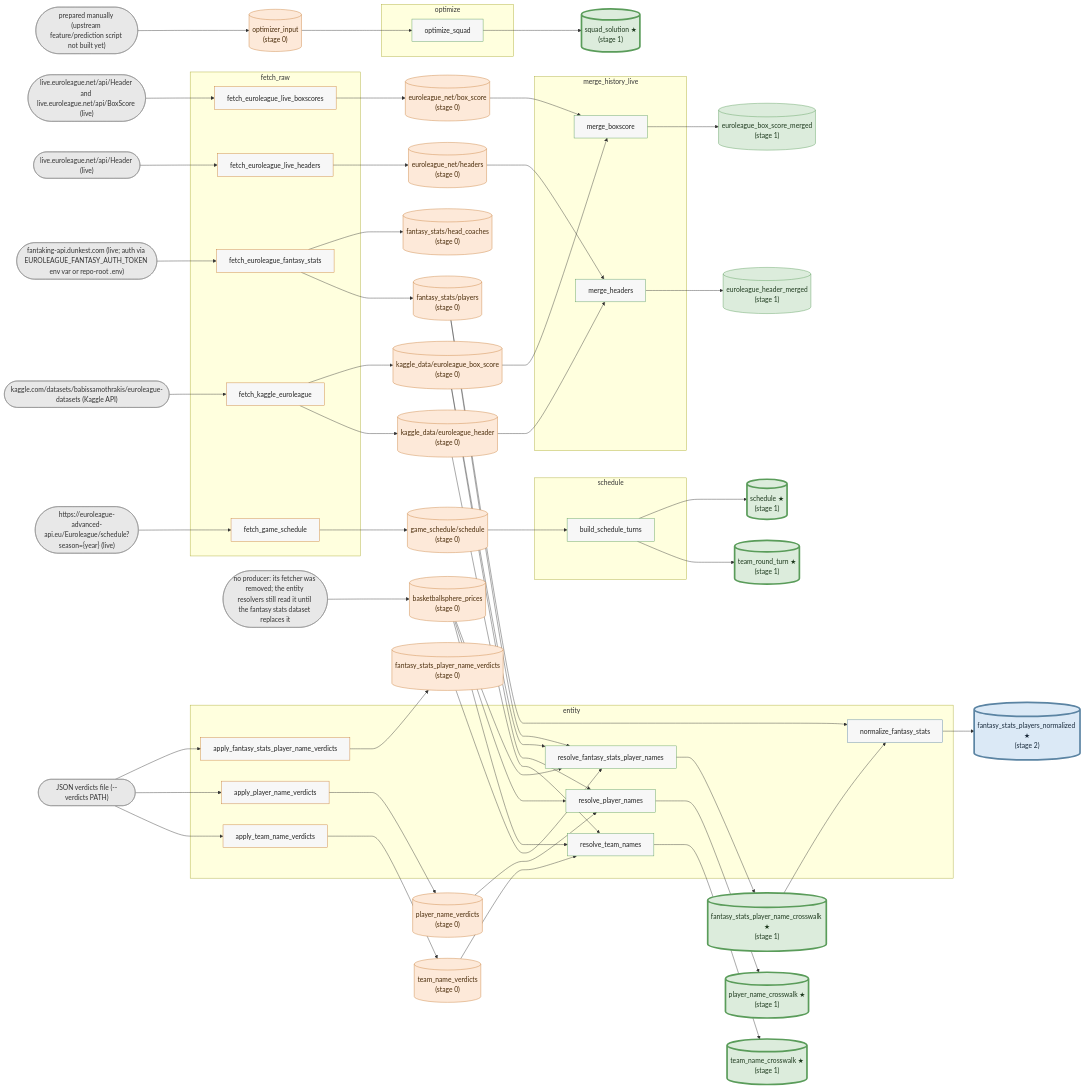
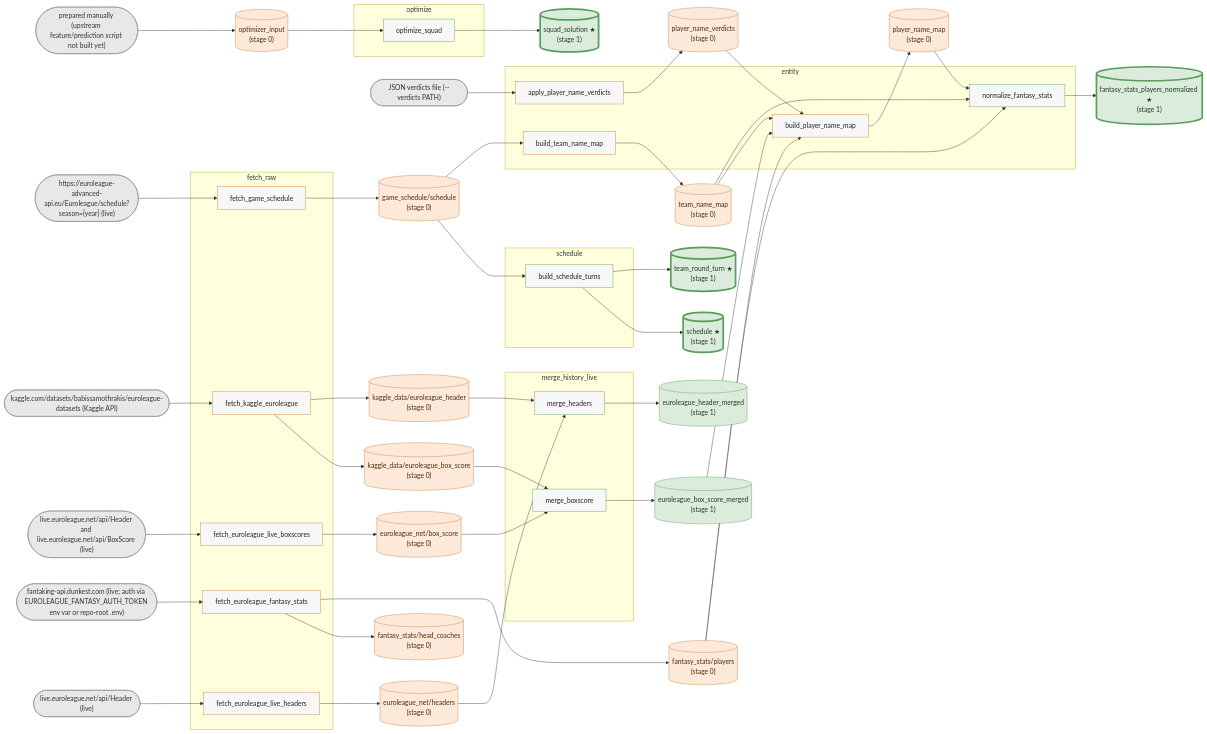
The diagram in docs/data-graph.md (Takfes/indie-euroleague), drawn with Mermaid before and after one commit. The commit also changed 18 other files, not shown here.

First line of the commit message:
refactor(entity): drop the crosswalk leftovers and fold lookup.py into matching.py

````diff
--- a/docs/data-graph.md
+++ b/docs/data-graph.md
@@ -14,17 +14,13 @@
     x_live_euroleague_net_api_Header__live_(["live.euroleague.net/api/Header (live)"])
     x_live_euroleague_net_api_Header_and_live_euroleague_net_api_BoxScore__live_(["live.euroleague.net/api/Header and live.euroleague.net/api/BoxScore (live)"])
     x_prepared_manually__upstream_feature_prediction_script_not_built_yet_(["prepared manually (upstream feature/prediction script not built yet)"])
-    x_no_producer__its_fetcher_was_removed__the_entity_resolvers_still_read_it_until_the_fantasy_stats_dataset_replaces_it(["no producer: its fetcher was removed; the entity resolvers still read it until the fantasy stats dataset replaces it"])
 
     %% scripts
     subgraph p_entity["entity"]
-        s_apply_fantasy_stats_player_name_verdicts["apply_fantasy_stats_player_name_verdicts"]
         s_apply_player_name_verdicts["apply_player_name_verdicts"]
-        s_apply_team_name_verdicts["apply_team_name_verdicts"]
+        s_build_player_name_map["build_player_name_map"]
+        s_build_team_name_map["build_team_name_map"]
         s_normalize_fantasy_stats["normalize_fantasy_stats"]
-        s_resolve_fantasy_stats_player_names["resolve_fantasy_stats_player_names"]
-        s_resolve_player_names["resolve_player_names"]
-        s_resolve_team_names["resolve_team_names"]
     end
     subgraph p_fetch_raw["fetch_raw"]
         s_fetch_euroleague_fantasy_stats["fetch_euroleague_fantasy_stats"]
@@ -45,52 +41,44 @@
     end
 
     %% datasets
-    d_basketballsphere_prices[("basketballsphere_prices<br/>(stage 0)")]
     d_euroleague_net_box_score[("euroleague_net/box_score<br/>(stage 0)")]
     d_euroleague_net_headers[("euroleague_net/headers<br/>(stage 0)")]
     d_fantasy_stats_head_coaches[("fantasy_stats/head_coaches<br/>(stage 0)")]
     d_fantasy_stats_players[("fantasy_stats/players<br/>(stage 0)")]
-    d_fantasy_stats_player_name_verdicts[("fantasy_stats_player_name_verdicts<br/>(stage 0)")]
     d_game_schedule_schedule[("game_schedule/schedule<br/>(stage 0)")]
     d_kaggle_data_euroleague_box_score[("kaggle_data/euroleague_box_score<br/>(stage 0)")]
     d_kaggle_data_euroleague_header[("kaggle_data/euroleague_header<br/>(stage 0)")]
     d_optimizer_input[("optimizer_input<br/>(stage 0)")]
+    d_player_name_map[("player_name_map<br/>(stage 0)")]
     d_player_name_verdicts[("player_name_verdicts<br/>(stage 0)")]
-    d_team_name_verdicts[("team_name_verdicts<br/>(stage 0)")]
+    d_team_name_map[("team_name_map<br/>(stage 0)")]
     d_euroleague_box_score_merged[("euroleague_box_score_merged<br/>(stage 1)")]
     d_euroleague_header_merged[("euroleague_header_merged<br/>(stage 1)")]
-    d_fantasy_stats_player_name_crosswalk[("fantasy_stats_player_name_crosswalk ★<br/>(stage 1)")]
-    d_player_name_crosswalk[("player_name_crosswalk ★<br/>(stage 1)")]
+    d_fantasy_stats_players_normalized[("fantasy_stats_players_normalized ★<br/>(stage 1)")]
     d_schedule[("schedule ★<br/>(stage 1)")]
     d_squad_solution[("squad_solution ★<br/>(stage 1)")]
-    d_team_name_crosswalk[("team_name_crosswalk ★<br/>(stage 1)")]
     d_team_round_turn[("team_round_turn ★<br/>(stage 1)")]
-    d_fantasy_stats_players_normalized[("fantasy_stats_players_normalized ★<br/>(stage 2)")]
 
     %% edges
-    d_basketballsphere_prices --> s_resolve_fantasy_stats_player_names
-    d_basketballsphere_prices --> s_resolve_player_names
-    d_basketballsphere_prices --> s_resolve_team_names
+    d_euroleague_box_score_merged --> s_build_player_name_map
     d_euroleague_net_box_score --> s_merge_boxscore
     d_euroleague_net_headers --> s_merge_headers
-    d_fantasy_stats_player_name_crosswalk --> s_normalize_fantasy_stats
-    d_fantasy_stats_player_name_verdicts --> s_resolve_fantasy_stats_player_names
+    d_fantasy_stats_players --> s_build_player_name_map
     d_fantasy_stats_players --> s_normalize_fantasy_stats
-    d_fantasy_stats_players --> s_resolve_fantasy_stats_player_names
     d_game_schedule_schedule --> s_build_schedule_turns
+    d_game_schedule_schedule --> s_build_team_name_map
     d_kaggle_data_euroleague_box_score --> s_merge_boxscore
-    d_kaggle_data_euroleague_box_score --> s_resolve_fantasy_stats_player_names
-    d_kaggle_data_euroleague_box_score --> s_resolve_player_names
     d_kaggle_data_euroleague_header --> s_merge_headers
-    d_kaggle_data_euroleague_header --> s_resolve_team_names
     d_optimizer_input --> s_optimize_squad
-    d_player_name_verdicts --> s_resolve_player_names
-    d_team_name_verdicts --> s_resolve_team_names
-    s_apply_fantasy_stats_player_name_verdicts --> d_fantasy_stats_player_name_verdicts
+    d_player_name_map --> s_normalize_fantasy_stats
+    d_player_name_verdicts --> s_build_player_name_map
+    d_team_name_map --> s_build_player_name_map
+    d_team_name_map --> s_normalize_fantasy_stats
     s_apply_player_name_verdicts --> d_player_name_verdicts
-    s_apply_team_name_verdicts --> d_team_name_verdicts
+    s_build_player_name_map --> d_player_name_map
     s_build_schedule_turns --> d_schedule
     s_build_schedule_turns --> d_team_round_turn
+    s_build_team_name_map --> d_team_name_map
     s_fetch_euroleague_fantasy_stats --> d_fantasy_stats_head_coaches
     s_fetch_euroleague_fantasy_stats --> d_fantasy_stats_players
     s_fetch_euroleague_live_boxscores --> d_euroleague_net_box_score
@@ -102,35 +90,25 @@
     s_merge_headers --> d_euroleague_header_merged
     s_normalize_fantasy_stats --> d_fantasy_stats_players_normalized
     s_optimize_squad --> d_squad_solution
-    s_resolve_fantasy_stats_player_names --> d_fantasy_stats_player_name_crosswalk
-    s_resolve_player_names --> d_player_name_crosswalk
-    s_resolve_team_names --> d_team_name_crosswalk
-    x_JSON_verdicts_file____verdicts_PATH_ --> s_apply_fantasy_stats_player_name_verdicts
     x_JSON_verdicts_file____verdicts_PATH_ --> s_apply_player_name_verdicts
-    x_JSON_verdicts_file____verdicts_PATH_ --> s_apply_team_name_verdicts
     x_fantaking_api_dunkest_com__live__auth_via_EUROLEAGUE_FANTASY_AUTH_TOKEN_env_var_or_repo_root__env_ --> s_fetch_euroleague_fantasy_stats
     x_https___euroleague_advanced_api_eu_Euroleague_schedule_season__year___live_ --> s_fetch_game_schedule
     x_kaggle_com_datasets_babissamothrakis_euroleague_datasets__Kaggle_API_ --> s_fetch_kaggle_euroleague
     x_live_euroleague_net_api_Header__live_ --> s_fetch_euroleague_live_headers
     x_live_euroleague_net_api_Header_and_live_euroleague_net_api_BoxScore__live_ --> s_fetch_euroleague_live_boxscores
     x_prepared_manually__upstream_feature_prediction_script_not_built_yet_ --> d_optimizer_input
-    x_no_producer__its_fetcher_was_removed__the_entity_resolvers_still_read_it_until_the_fantasy_stats_dataset_replaces_it --> d_basketballsphere_prices
 
     %% colors by stage
     classDef script_stage0 fill:#f7f7f7,stroke:#c97f3a,color:#222222
     classDef script_stage1 fill:#f7f7f7,stroke:#5a9c5a,color:#222222
-    classDef script_stage2 fill:#f7f7f7,stroke:#5b84a3,color:#222222
     classDef source fill:#e8e8e8,stroke:#888888,color:#333333
     classDef stage0 fill:#fde9d9,stroke:#c97f3a,color:#4a2c0a
     classDef stage1 fill:#dcecdc,stroke:#5a9c5a,color:#1e3a1e
     classDef stage1_final fill:#dcecdc,stroke:#5a9c5a,color:#1e3a1e,stroke-width:4px
-    classDef stage2_final fill:#dbe9f6,stroke:#5b84a3,color:#1a2b3c,stroke-width:4px
-    class s_apply_fantasy_stats_player_name_verdicts,s_apply_player_name_verdicts,s_apply_team_name_verdicts,s_fetch_euroleague_fantasy_stats,s_fetch_euroleague_live_boxscores,s_fetch_euroleague_live_headers,s_fetch_game_schedule,s_fetch_kaggle_euroleague script_stage0
-    class s_build_schedule_turns,s_merge_boxscore,s_merge_headers,s_optimize_squad,s_resolve_fantasy_stats_player_names,s_resolve_player_names,s_resolve_team_names script_stage1
-    class s_normalize_fantasy_stats script_stage2
-    class x_JSON_verdicts_file____verdicts_PATH_,x_fantaking_api_dunkest_com__live__auth_via_EUROLEAGUE_FANTASY_AUTH_TOKEN_env_var_or_repo_root__env_,x_https___euroleague_advanced_api_eu_Euroleague_schedule_season__year___live_,x_kaggle_com_datasets_babissamothrakis_euroleague_datasets__Kaggle_API_,x_live_euroleague_net_api_Header__live_,x_live_euroleague_net_api_Header_and_live_euroleague_net_api_BoxScore__live_,x_no_producer__its_fetcher_was_removed__the_entity_resolvers_still_read_it_until_the_fantasy_stats_dataset_replaces_it,x_prepared_manually__upstream_feature_prediction_script_not_built_yet_ source
-    class d_basketballsphere_prices,d_euroleague_net_box_score,d_euroleague_net_headers,d_fantasy_stats_head_coaches,d_fantasy_stats_player_name_verdicts,d_fantasy_stats_players,d_game_schedule_schedule,d_kaggle_data_euroleague_box_score,d_kaggle_data_euroleague_header,d_optimizer_input,d_player_name_verdicts,d_team_name_verdicts stage0
+    class s_apply_player_name_verdicts,s_build_player_name_map,s_build_team_name_map,s_fetch_euroleague_fantasy_stats,s_fetch_euroleague_live_boxscores,s_fetch_euroleague_live_headers,s_fetch_game_schedule,s_fetch_kaggle_euroleague script_stage0
+    class s_build_schedule_turns,s_merge_boxscore,s_merge_headers,s_normalize_fantasy_stats,s_optimize_squad script_stage1
+    class x_JSON_verdicts_file____verdicts_PATH_,x_fantaking_api_dunkest_com__live__auth_via_EUROLEAGUE_FANTASY_AUTH_TOKEN_env_var_or_repo_root__env_,x_https___euroleague_advanced_api_eu_Euroleague_schedule_season__year___live_,x_kaggle_com_datasets_babissamothrakis_euroleague_datasets__Kaggle_API_,x_live_euroleague_net_api_Header__live_,x_live_euroleague_net_api_Header_and_live_euroleague_net_api_BoxScore__live_,x_prepared_manually__upstream_feature_prediction_script_not_built_yet_ source
+    class d_euroleague_net_box_score,d_euroleague_net_headers,d_fantasy_stats_head_coaches,d_fantasy_stats_players,d_game_schedule_schedule,d_kaggle_data_euroleague_box_score,d_kaggle_data_euroleague_header,d_optimizer_input,d_player_name_map,d_player_name_verdicts,d_team_name_map stage0
     class d_euroleague_box_score_merged,d_euroleague_header_merged stage1
-    class d_fantasy_stats_player_name_crosswalk,d_player_name_crosswalk,d_schedule,d_squad_solution,d_team_name_crosswalk,d_team_round_turn stage1_final
-    class d_fantasy_stats_players_normalized stage2_final
+    class d_fantasy_stats_players_normalized,d_schedule,d_squad_solution,d_team_round_turn stage1_final
 ```
````
